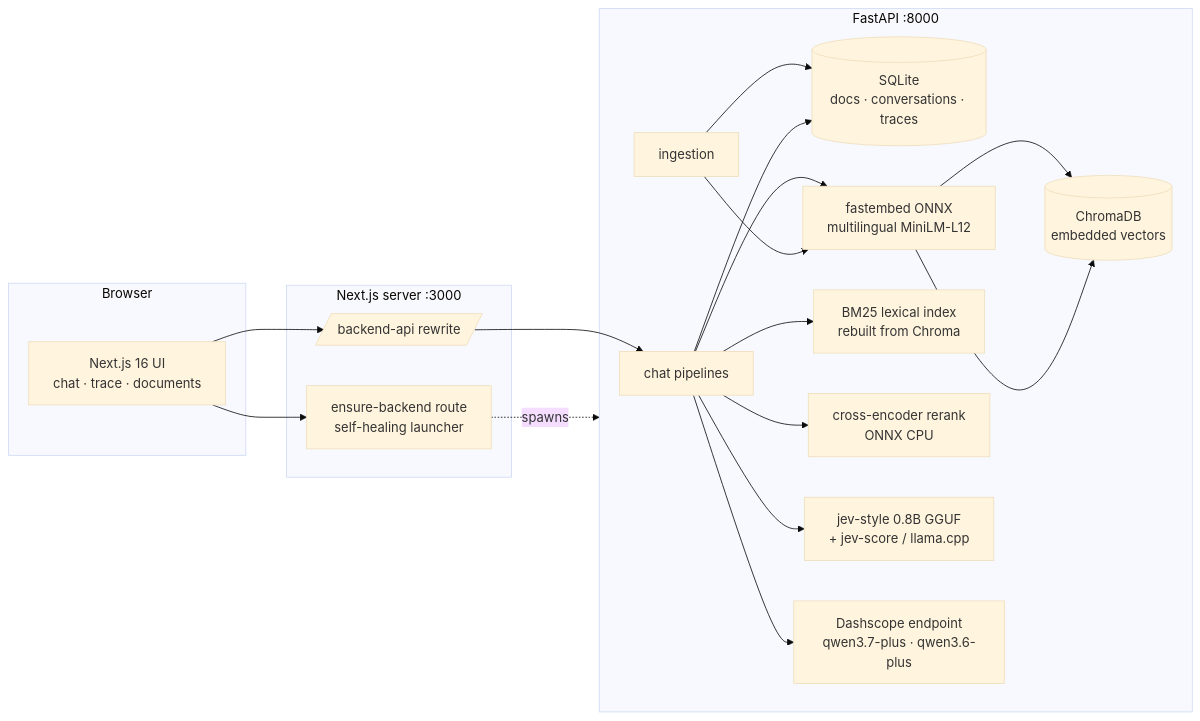
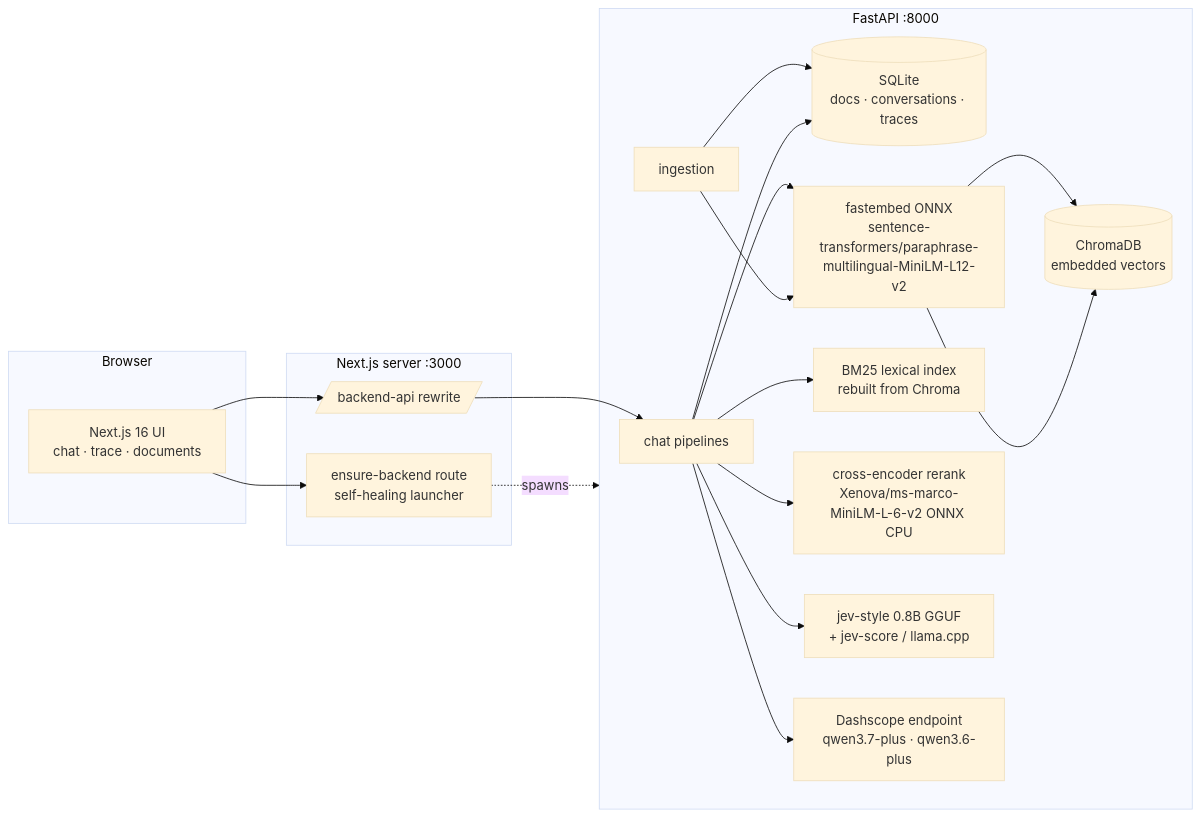
One commit to kanishka-namdeo/jev-rag changed the first of 4 diagrams in docs/architecture.md. Above: the diagram before and after it, drawn with Mermaid (base theme). The commit also changed other lines of this file and 30 other files, not shown here.

````diff
--- a/docs/architecture.md
+++ b/docs/architecture.md
@@ -6,33 +8,33 @@
 ```mermaid
 flowchart LR
   subgraph Browser
     UI[Next.js 16 UI<br/>chat · trace · documents]
   end
   subgraph NextServer[Next.js server :3000]
     RW[/backend-api rewrite/]
     ENS[ensure-backend route<br/>self-healing launcher]
   end
   subgraph FastAPI[FastAPI :8000]
     CHAT[chat pipelines]
     ING[ingestion]
     DB[(SQLite<br/>docs · conversations · traces)]
     VS[(ChromaDB<br/>embedded vectors)]
-    EMB[fastembed ONNX<br/>multilingual MiniLM-L12]
+    EMB[fastembed ONNX<br/>sentence-transformers/paraphrase-multilingual-MiniLM-L12-v2]
     BM25[BM25 lexical index<br/>rebuilt from Chroma]
-    CE[cross-encoder rerank<br/>ONNX CPU]
+    CE[cross-encoder rerank<br/>Xenova/ms-marco-MiniLM-L-6-v2 ONNX CPU]
     JEVL[jev-style 0.8B GGUF<br/>+ jev-score / llama.cpp]
     LLM[Dashscope endpoint<br/>qwen3.7-plus · qwen3.6-plus]
   end
 
   UI --> RW --> CHAT
   UI --> ENS
   ENS -.spawns.-> FastAPI
   CHAT --> EMB --> VS
   CHAT --> BM25
   CHAT --> CE
   CHAT --> JEVL
   CHAT --> LLM
   ING --> EMB --> VS
   ING --> DB
   CHAT --> DB
 ```
````
